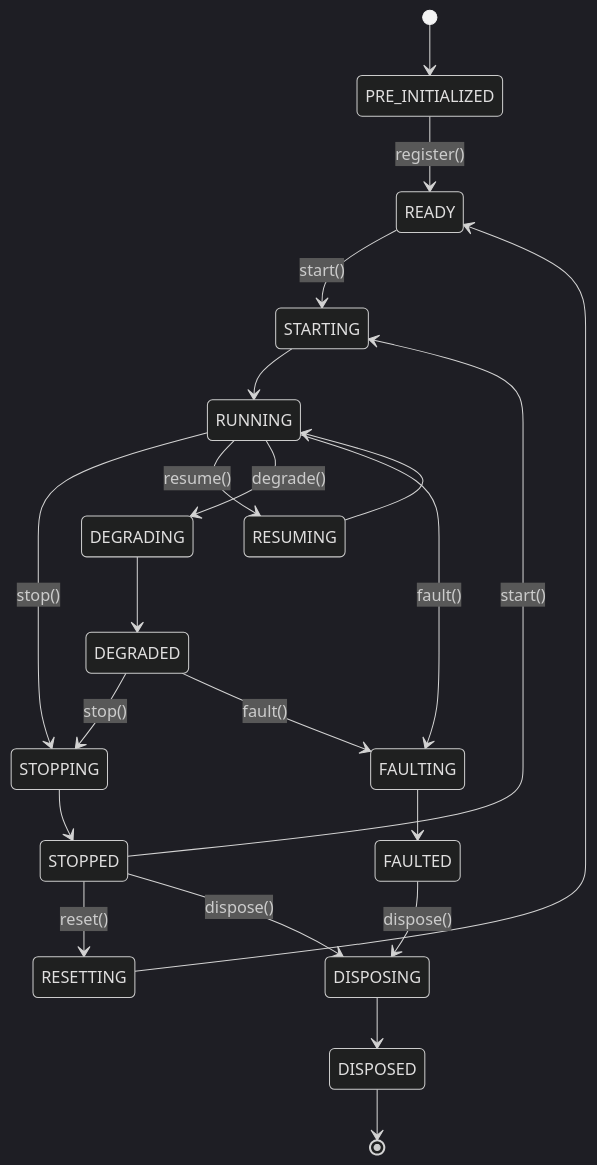
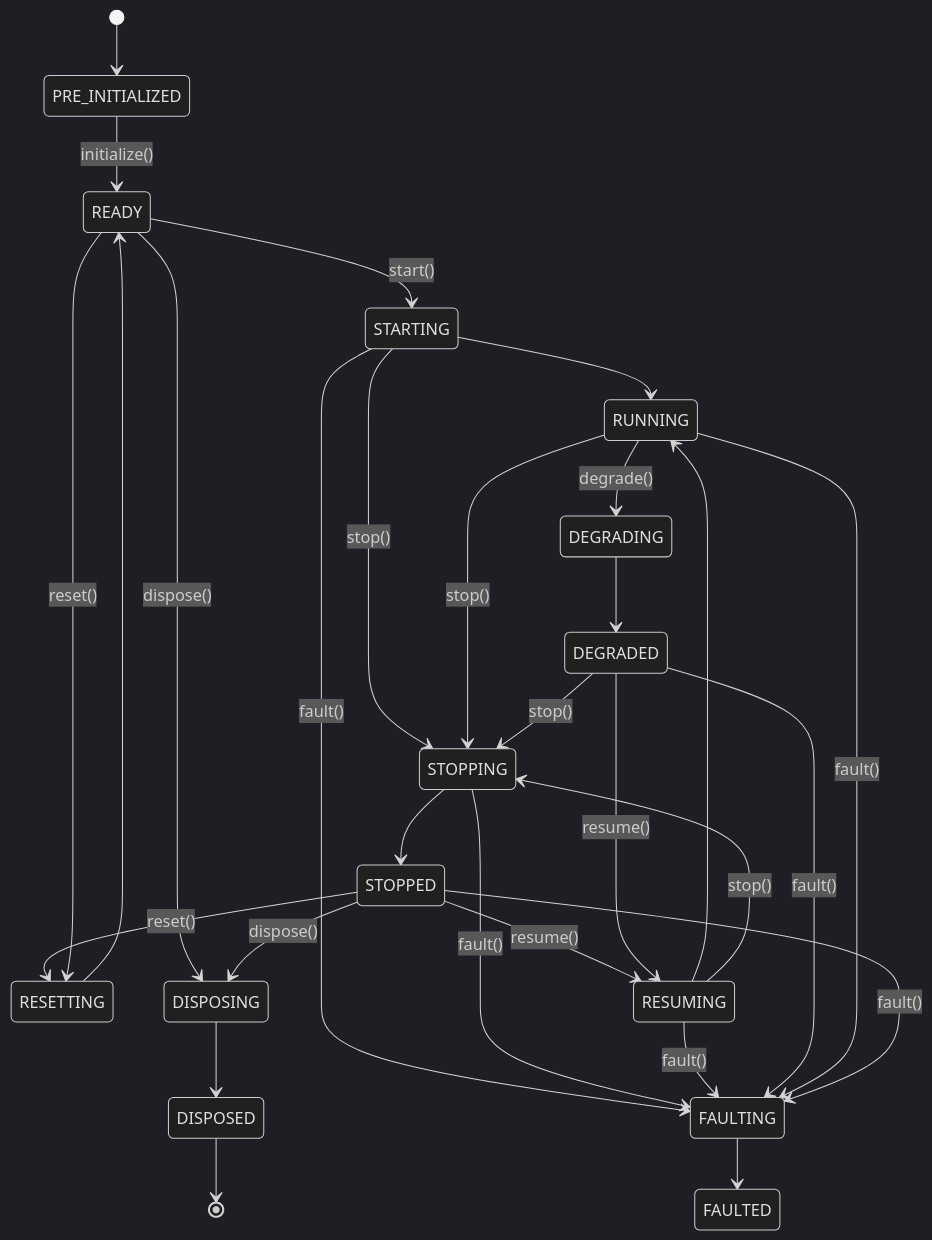
One commit to nautechsystems/nautilus_trader changed the fourth of 7 diagrams in docs/concepts/architecture.md. Above: the diagram before and after it, drawn with Mermaid (dark theme). The commit also changed other lines of this file, not shown here.

First line of the commit message:
Refine architecture guide

````diff
--- a/docs/concepts/architecture.md
+++ b/docs/concepts/architecture.md
@@ -348,34 +405,41 @@
 ```mermaid
 stateDiagram-v2
     [*] --> PRE_INITIALIZED
 
-    PRE_INITIALIZED --> READY : register()
+    PRE_INITIALIZED --> READY : initialize()
 
     READY --> STARTING : start()
     STARTING --> RUNNING
+    STARTING --> STOPPING : stop()
+    STARTING --> FAULTING : fault()
 
     RUNNING --> STOPPING : stop()
     STOPPING --> STOPPED
+    STOPPING --> FAULTING : fault()
 
-    STOPPED --> STARTING : start()
     STOPPED --> RESETTING : reset()
     RESETTING --> READY
 
-    RUNNING --> RESUMING : resume()
+    STOPPED --> RESUMING : resume()
+    DEGRADED --> RESUMING : resume()
     RESUMING --> RUNNING
+    RESUMING --> STOPPING : stop()
+    RESUMING --> FAULTING : fault()
 
     RUNNING --> DEGRADING : degrade()
     DEGRADING --> DEGRADED
 
     DEGRADED --> STOPPING : stop()
     DEGRADED --> FAULTING : fault()
 
     RUNNING --> FAULTING : fault()
+    STOPPED --> FAULTING : fault()
     FAULTING --> FAULTED
 
+    READY --> RESETTING : reset()
+    READY --> DISPOSING : dispose()
     STOPPED --> DISPOSING : dispose()
-    FAULTED --> DISPOSING : dispose()
     DISPOSING --> DISPOSED
 
     DISPOSED --> [*]
 ```
````
